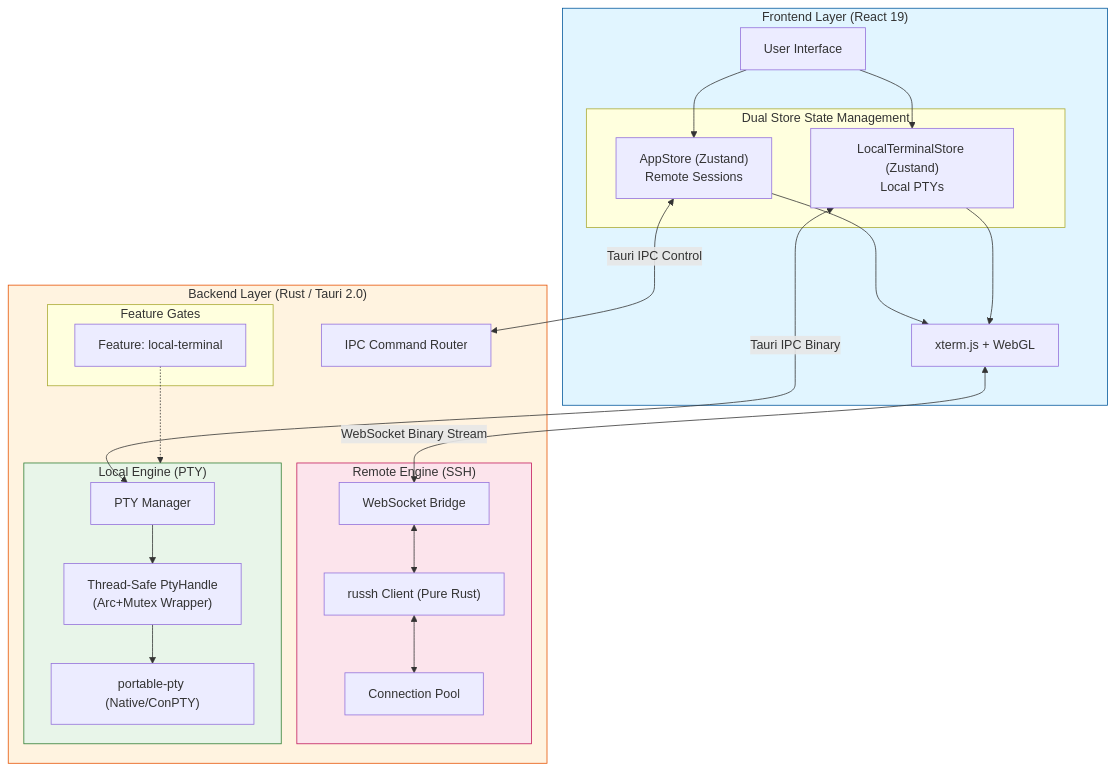
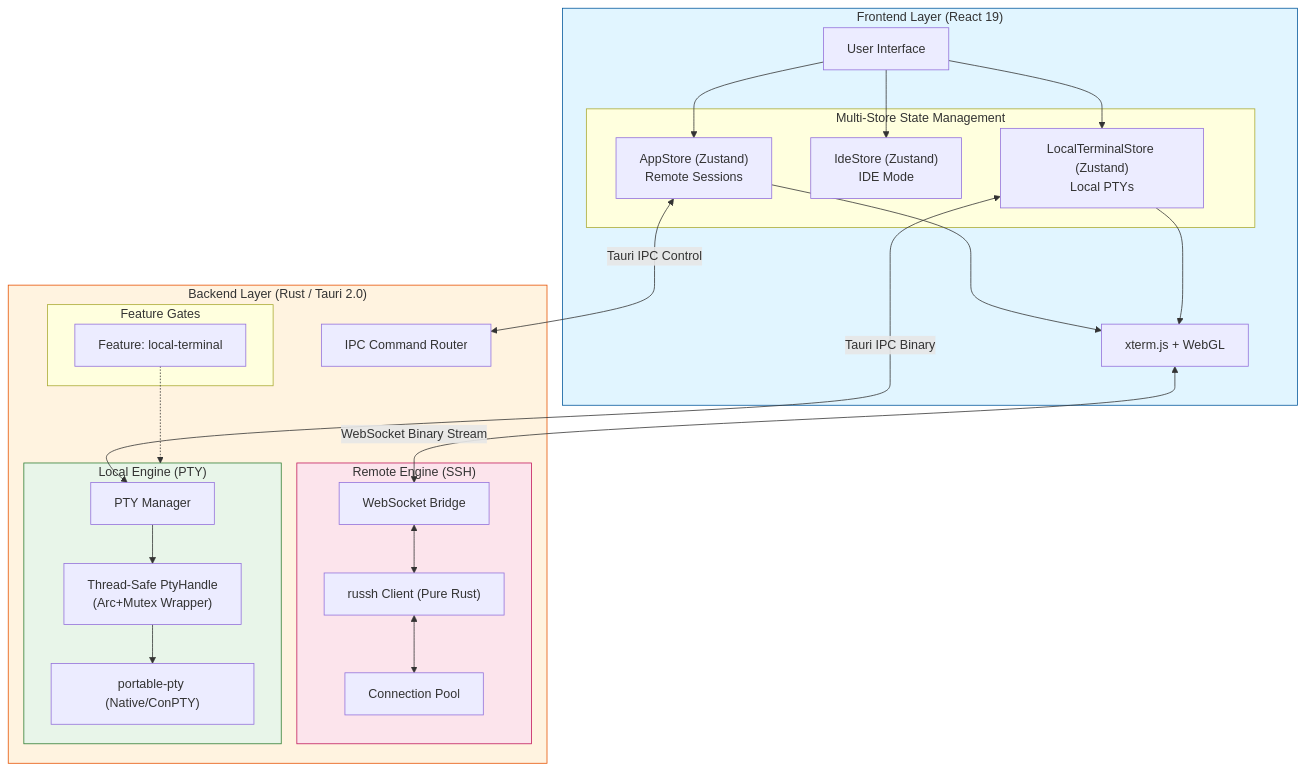
One commit to AnalyseDeCircuit/OxideTerm changed the diagram in README.md. Above: the diagram before and after it, drawn with Mermaid. The commit also changed other lines of this file and 6 other files, not shown here.

First line of the commit message:
chore: update architecture documentation and version to v1.3.2

````diff
--- a/README.md
+++ b/README.md
@@ -54,53 +55,55 @@
 ```mermaid
 flowchart TB
     subgraph Frontend ["Frontend Layer (React 19)"]
         UI[User Interface]
         
-        subgraph Stores ["Dual Store State Management"]
+        subgraph Stores ["Multi-Store State Management"]
             RemoteStore["AppStore (Zustand)<br/>Remote Sessions"]
+            IdeStore["IdeStore (Zustand)<br/>IDE Mode"]
             LocalStore["LocalTerminalStore (Zustand)<br/>Local PTYs"]
         end
         
         Terminal["xterm.js + WebGL"]
         
         UI --> RemoteStore
+        UI --> IdeStore
         UI --> LocalStore
         RemoteStore --> Terminal
         LocalStore --> Terminal
     end
 
     subgraph Backend ["Backend Layer (Rust / Tauri 2.0)"]
         Router["IPC Command Router"]
         
         subgraph Features ["Feature Gates"]
             LocalFeat["Feature: local-terminal"]
         end
 
         subgraph RemoteEngine ["Remote Engine (SSH)"]
             WS["WebSocket Bridge"]
             SSH["russh Client (Pure Rust)"]
             Pool["Connection Pool"]
         end
 
         subgraph LocalEngine ["Local Engine (PTY)"]
             PtyMgr["PTY Manager"]
             PtyHandle["Thread-Safe PtyHandle<br/>(Arc+Mutex Wrapper)"]
             NativePTY["portable-pty (Native/ConPTY)"]
         end
     end
 
     %% Data Flows
     LocalStore <-->|Tauri IPC Binary| PtyMgr
     PtyMgr --> PtyHandle --> NativePTY
     
     RemoteStore <-->|Tauri IPC Control| Router
     Terminal <-->|WebSocket Binary Stream| WS
     WS <--> SSH <--> Pool
     
     LocalFeat -.-> LocalEngine
     
     style Frontend fill:#e1f5ff,stroke:#01579b
     style Backend fill:#fff3e0,stroke:#e65100
     style LocalEngine fill:#e8f5e9,stroke:#2e7d32
     style RemoteEngine fill:#fce4ec,stroke:#c2185b
 ```
````
